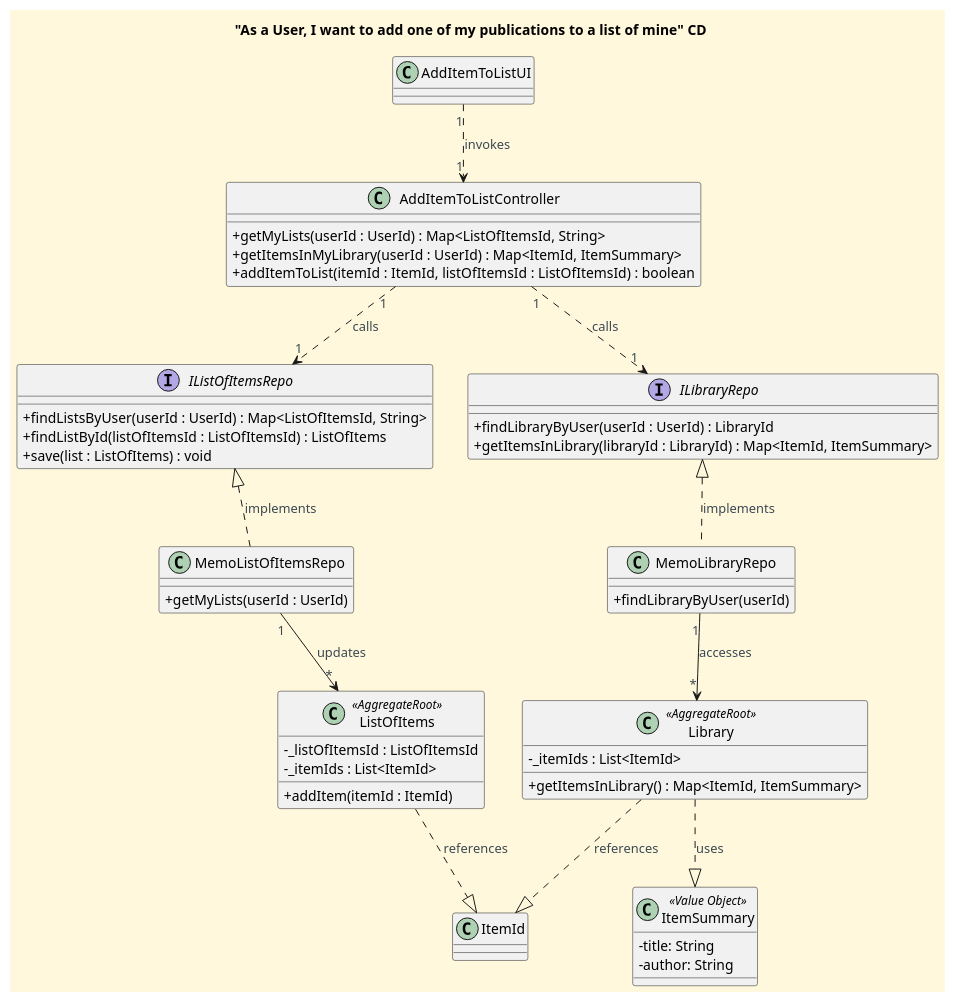
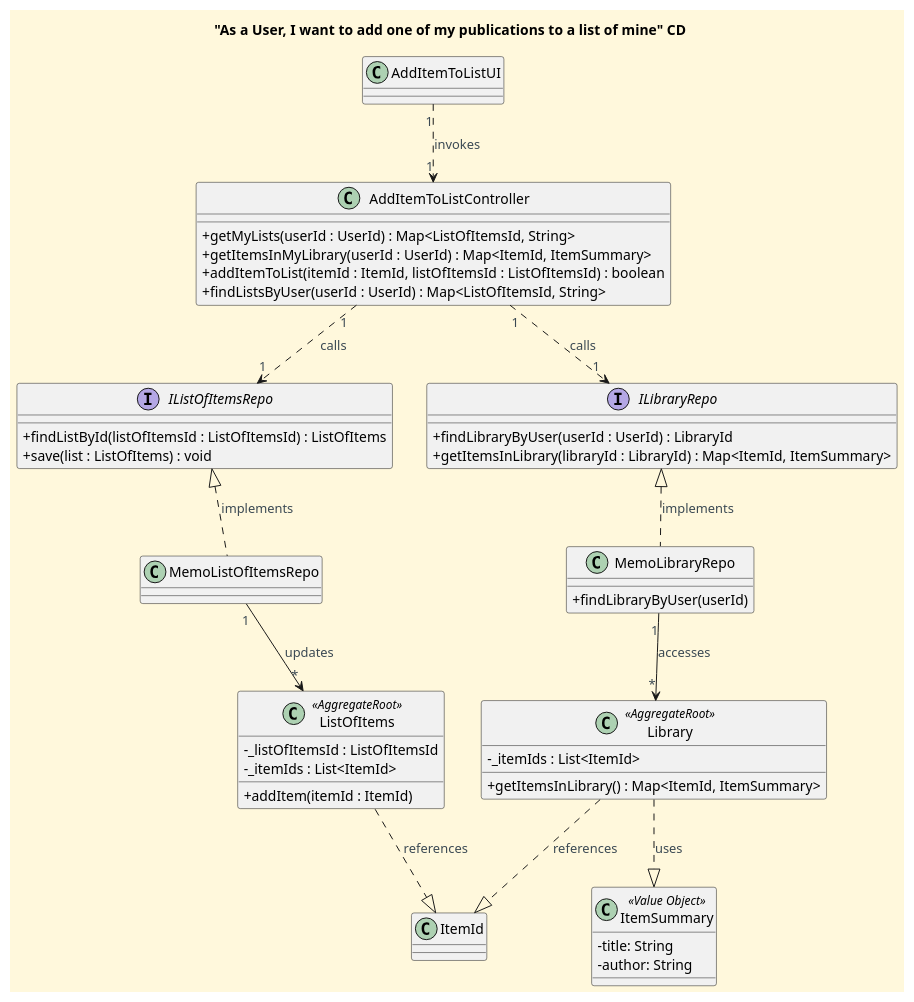
One commit to CarolinaLeite-collab/JavaMarketplacePlatform changed the diagram in docs/functionalities/user/add-my-publication-to-my-list/Add_My_Publication_To_My_List_CD.puml. Above: the diagram before and after it, drawn with PlantUML.

Commit message:
task: design update to AddItemToList funtionality diagrams, #615

```diff
--- a/docs/functionalities/user/add-my-publication-to-my-list/Add_My_Publication_To_My_List_CD.puml
+++ b/docs/functionalities/user/add-my-publication-to-my-list/Add_My_Publication_To_My_List_CD.puml
@@ -1,79 +1,78 @@
 @startuml
 'https://plantuml.com/class-diagram
 title "As a User, I want to add one of my publications to a list of mine" CD
 
 '==== basic style ====
 skinparam monochrome false
 skinparam shadowing false
 skinparam defaultFontName Futura
 skinparam objectFontSize 20
 skinparam backgroundColor CornSilk
 skinparam objectBackgroundColor WhiteSmoke
 skinparam noteBackgroundColor #FFFFE0
 skinparam ArrowFontColor #3B4953
 skinparam ActivationBackgroundColor black
 skinparam classAttributeIconSize 0
 
 
 class AddItemToListUI {
 }
 
 class AddItemToListController {
 
     + getMyLists(userId : UserId) : Map<ListOfItemsId, String>
     + getItemsInMyLibrary(userId : UserId) : Map<ItemId, ItemSummary>
     + addItemToList(itemId : ItemId, listOfItemsId : ListOfItemsId) : boolean
+    + findListsByUser(userId : UserId) : Map<ListOfItemsId, String>
 }
 
 interface IListOfItemsRepo {
-    + findListsByUser(userId : UserId) : Map<ListOfItemsId, String>
     + findListById(listOfItemsId : ListOfItemsId) : ListOfItems
     + save(list : ListOfItems) : void
 }
 
 class MemoListOfItemsRepo{
-    + getMyLists(userId : UserId)
 }
 
 class Library <<AggregateRoot>> {
     - _itemIds : List<ItemId>
     + getItemsInLibrary() : Map<ItemId, ItemSummary>
 }
 
 class ListOfItems <<AggregateRoot>> {
     - _listOfItemsId : ListOfItemsId
     - _itemIds : List<ItemId>
     + addItem(itemId : ItemId)
 }
 
 interface ILibraryRepo {
     + findLibraryByUser(userId : UserId) : LibraryId
     + getItemsInLibrary(libraryId : LibraryId) : Map<ItemId, ItemSummary>
 }
 
 class MemoLibraryRepo {
     + findLibraryByUser(userId)
 }
 
 class ItemSummary <<Value Object>> {
     - title: String
     - author: String
 }
 
 class ItemId {
 }
 
 '==== Interactions ===='
 
 AddItemToListUI "1" ..> "1" AddItemToListController : invokes
 AddItemToListController "1" ..> "1" IListOfItemsRepo : calls
 AddItemToListController "1" ..> "1" ILibraryRepo : calls
 MemoListOfItemsRepo "1" --> "*" ListOfItems: updates
 MemoLibraryRepo "1" --> "*" Library : accesses
 IListOfItemsRepo <|.. MemoListOfItemsRepo: implements
 ILibraryRepo <|.. MemoLibraryRepo: implements
 Library ..|> ItemSummary: uses
 Library ..|> ItemId: references
 ListOfItems ..|> ItemId: references
 
 @enduml
```
